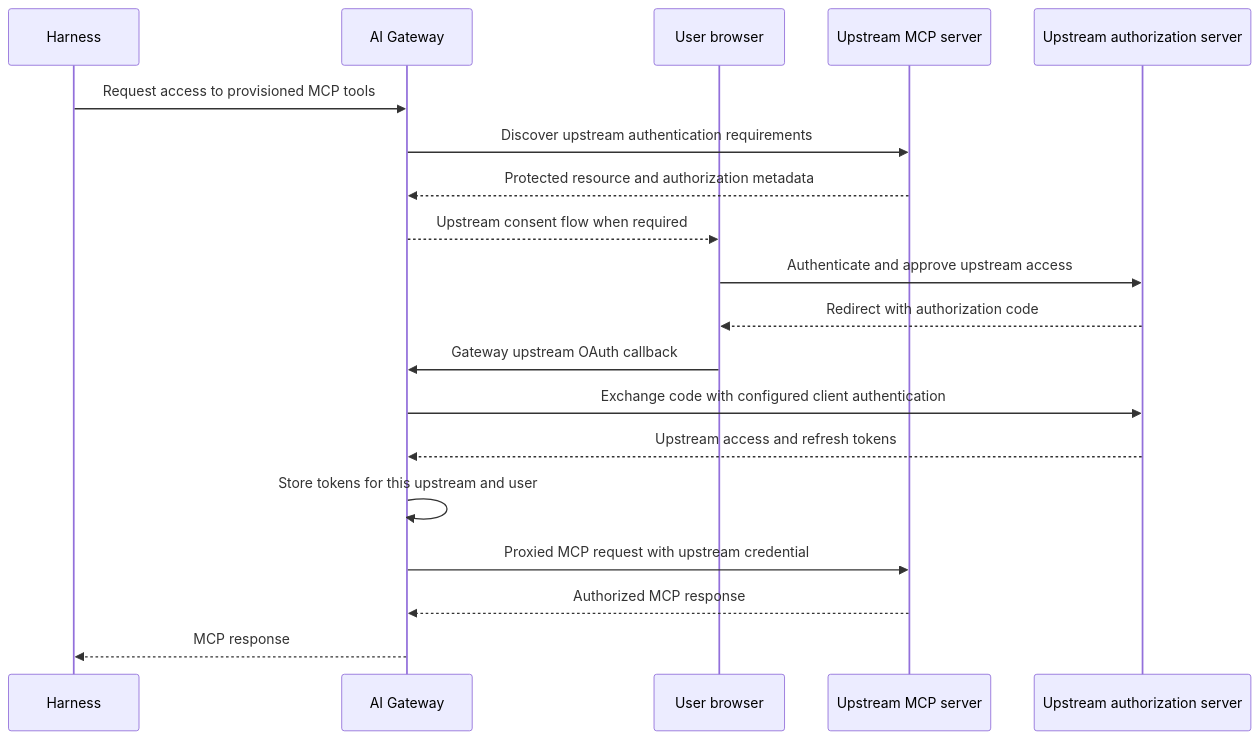
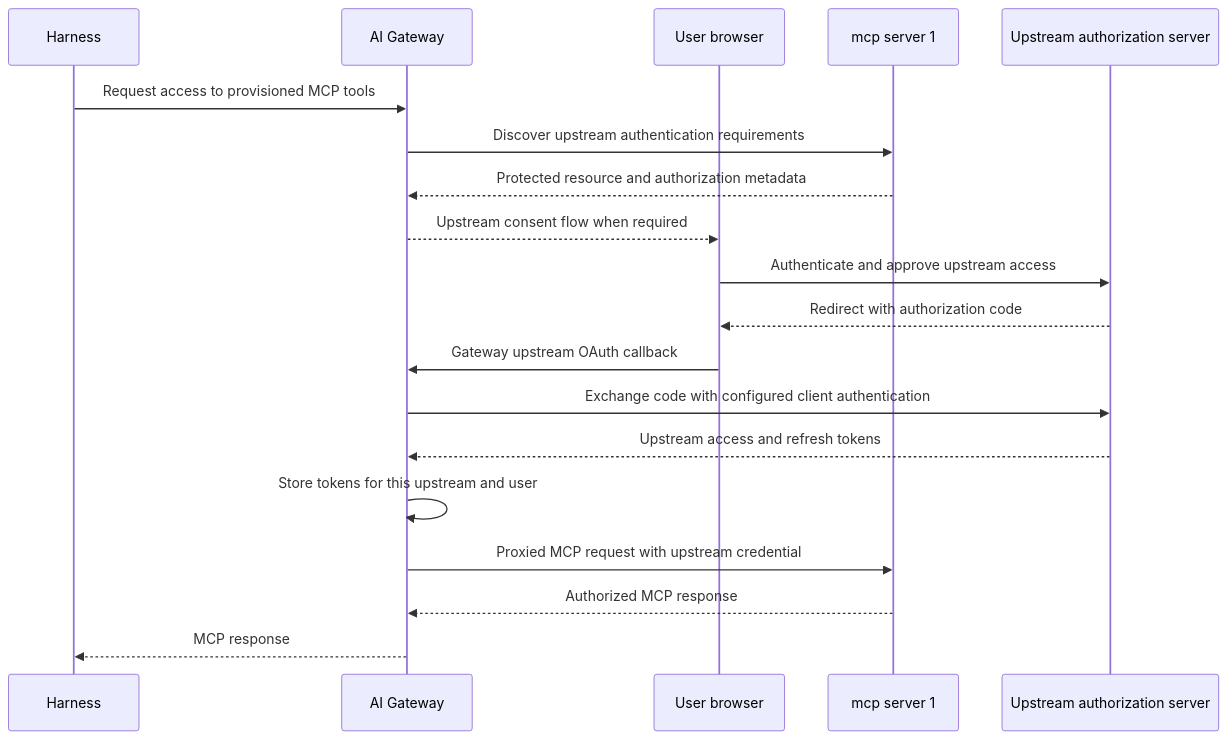
The second of 2 diagrams in docs/login.md (cdot65/prisma-airs-reference-architecture), drawn with Mermaid before and after one commit. The commit also changed other lines of this file and 20 other files, not shown here.

````diff
--- a/docs/login.md
+++ b/docs/login.md
@@ -60,23 +68,23 @@
 ```mermaid
 sequenceDiagram
     accTitle: Separate gateway-managed upstream MCP authorization
     accDescr: The gateway discovers upstream OAuth and coordinates the user's consent. The upstream authorization server issues tokens to the gateway, which stores them and uses them for proxied MCP requests. The harness retains only its gateway-facing credentials.
     participant client as Harness
     participant gateway as AI Gateway
     participant browser as User browser
-    participant upstream as Upstream MCP server
+    participant upstream as mcp server 1
     participant auth as Upstream authorization server
     client->>gateway: Request access to provisioned MCP tools
     gateway->>upstream: Discover upstream authentication requirements
     upstream-->>gateway: Protected resource and authorization metadata
     gateway-->>browser: Upstream consent flow when required
     browser->>auth: Authenticate and approve upstream access
     auth-->>browser: Redirect with authorization code
     browser->>gateway: Gateway upstream OAuth callback
     gateway->>auth: Exchange code with configured client authentication
     auth-->>gateway: Upstream access and refresh tokens
     gateway->>gateway: Store tokens for this upstream and user
     gateway->>upstream: Proxied MCP request with upstream credential
     upstream-->>gateway: Authorized MCP response
     gateway-->>client: MCP response
 ```
````
